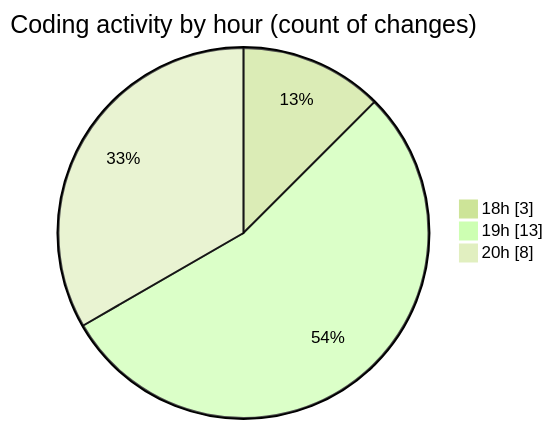
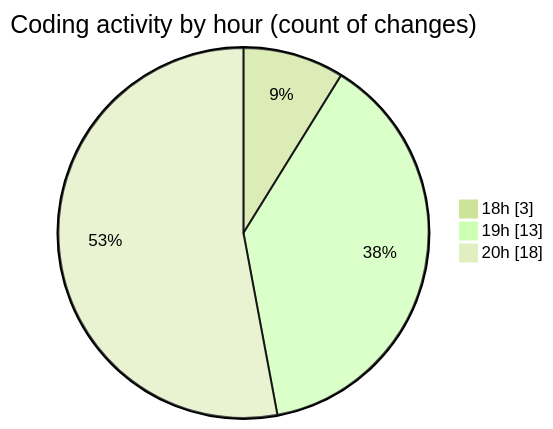
The second of 2 diagrams in 2025-03-20/myws__workspace_/README.md (MatusMokan/code-tracking), drawn with Mermaid (forest theme) before and after one commit. The commit also changed other lines of this file and 1 other file, not shown here.

````diff
--- a/2025-03-20/myws__workspace_/README.md
+++ b/2025-03-20/myws__workspace_/README.md
@@ -30,7 +30,7 @@
 ```mermaid
 pie showData
 title Coding activity by hour (count of changes)
 "18h" : 3
 "19h" : 13
-"20h" : 8
+"20h" : 18
 ```
````
